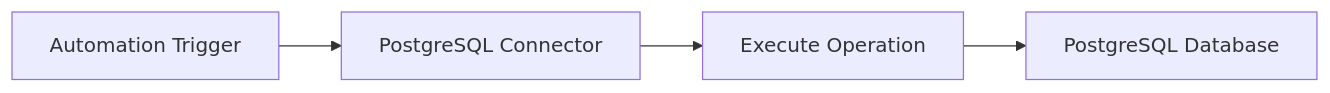
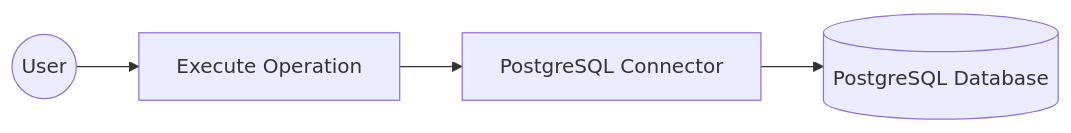
One commit to hasathcharu/docs-integrator changed the first of 2 diagrams in en/docs/connectors/catalog/database/postgresql/example.md. Above: the diagram before and after it, drawn with Mermaid. The commit also changed other lines of this file and 4 other files, not shown here.

````diff
--- a/en/docs/connectors/catalog/database/postgresql/example.md
+++ b/en/docs/connectors/catalog/database/postgresql/example.md
@@ -20,6 +28,6 @@
 ```mermaid
 flowchart LR
-    A[Automation Trigger] --> B[PostgreSQL Connector]
-    B --> C[Execute Operation]
-    C --> D[PostgreSQL Database]
+    A((User)) --> B[Execute Operation]
+    B --> C[PostgreSQL Connector]
+    C --> D[(PostgreSQL Database)]
 ```
````
